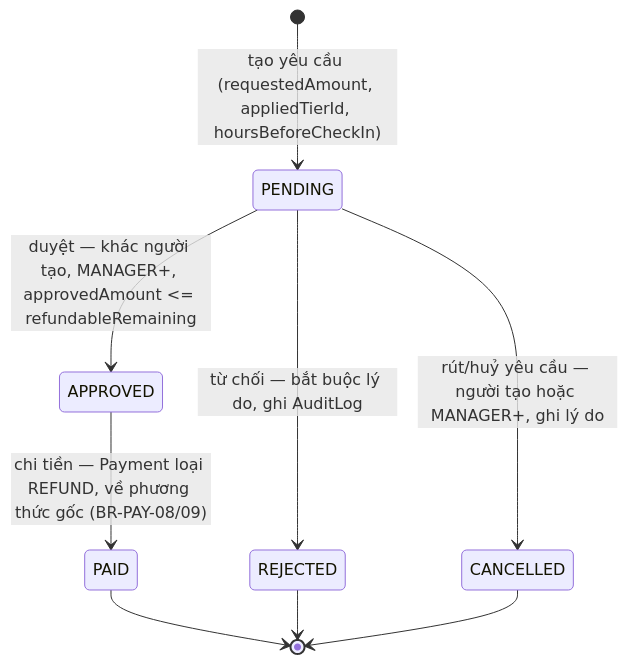
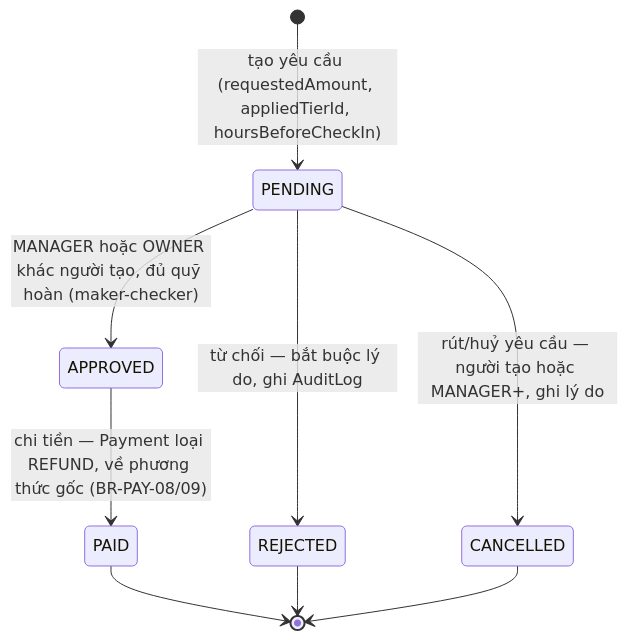
The second of 2 diagrams in docs/02-nghiep-vu/chinh-sach-huy-hoan-coc.md (minhtuluc/HotelBuild), drawn with Mermaid before and after one commit. The commit also changed other lines of this file and 45 other files, not shown here.

````diff
--- a/docs/02-nghiep-vu/chinh-sach-huy-hoan-coc.md
+++ b/docs/02-nghiep-vu/chinh-sach-huy-hoan-coc.md
@@ -472,11 +474,11 @@
 ```mermaid
 stateDiagram-v2
     [*] --> PENDING: tạo yêu cầu (requestedAmount, appliedTierId, hoursBeforeCheckIn)
-    PENDING --> APPROVED: duyệt — khác người tạo, MANAGER+, approvedAmount <= refundableRemaining
+    PENDING --> APPROVED: MANAGER hoặc OWNER khác người tạo, đủ quỹ hoàn (maker-checker)
     PENDING --> REJECTED: từ chối — bắt buộc lý do, ghi AuditLog
     PENDING --> CANCELLED: rút/huỷ yêu cầu — người tạo hoặc MANAGER+, ghi lý do
     APPROVED --> PAID: chi tiền — Payment loại REFUND, về phương thức gốc (BR-PAY-08/09)
     PAID --> [*]
     REJECTED --> [*]
     CANCELLED --> [*]
 ```
````
